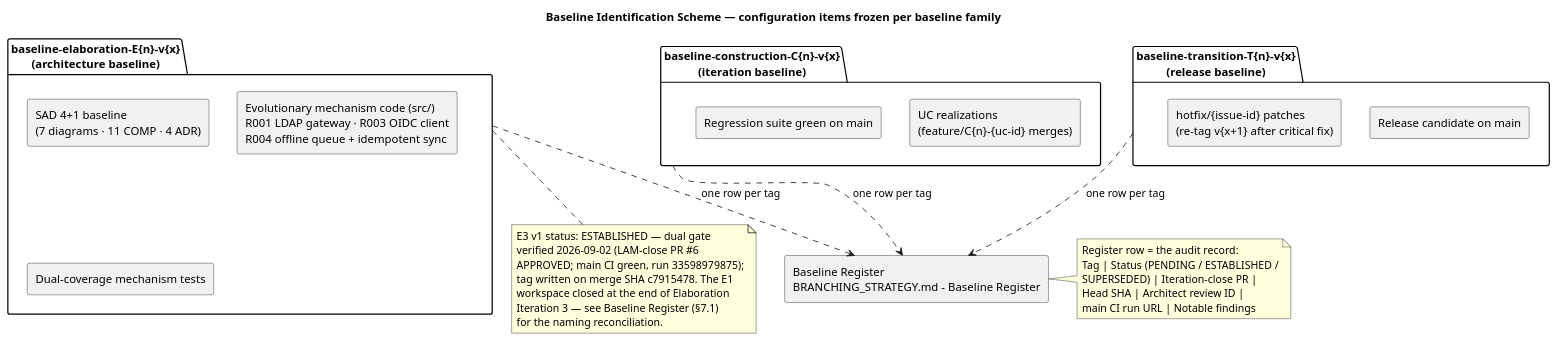
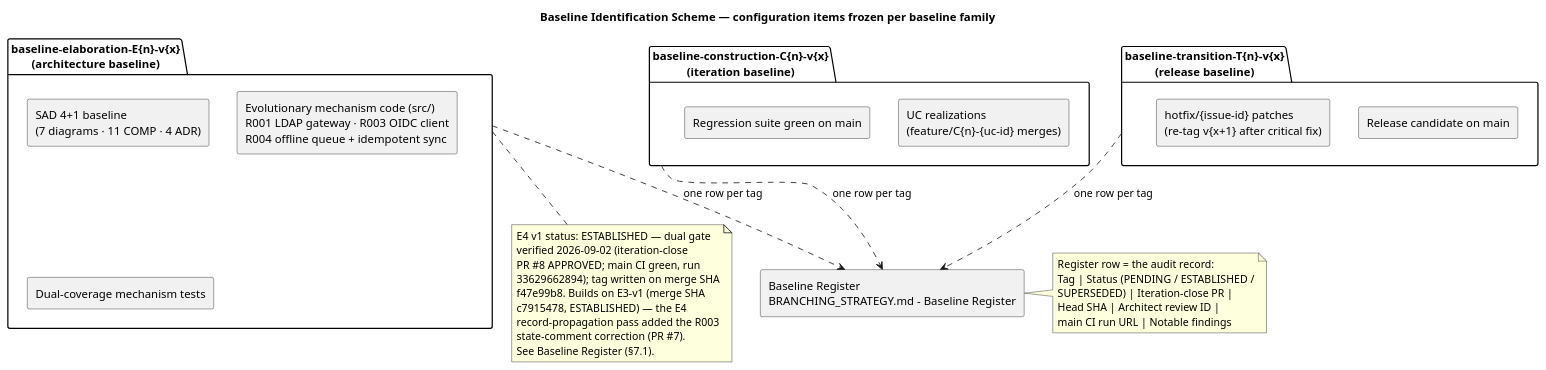
The fifth of 5 diagrams in docs/BRANCHING_STRATEGY.md (banense-test/employee-portal), drawn with PlantUML before and after one commit. The commit also changed other lines of this file, not shown here.

````diff
--- a/docs/BRANCHING_STRATEGY.md
+++ b/docs/BRANCHING_STRATEGY.md
@@ -384,47 +474,49 @@
 ```plantuml
 @startuml
 title Baseline Identification Scheme — configuration items frozen per baseline family
 
 skinparam componentStyle rectangle
 
 package "baseline-elaboration-E{n}-v{x}\n(architecture baseline)" as ELAB {
   component "SAD 4+1 baseline\n(7 diagrams · 11 COMP · 4 ADR)" as SAD_V
   component "Evolutionary mechanism code (src/)\nR001 LDAP gateway · R003 OIDC client\nR004 offline queue + idempotent sync" as MECH_C
   component "Dual-coverage mechanism tests" as MECH_T
 }
 
 package "baseline-construction-C{n}-v{x}\n(iteration baseline)" as CONS {
   component "UC realizations\n(feature/C{n}-{uc-id} merges)" as UC_R
   component "Regression suite green on main" as REG_S
 }
 
 package "baseline-transition-T{n}-v{x}\n(release baseline)" as TRANS {
   component "Release candidate on main" as REL_C
   component "hotfix/{issue-id} patches\n(re-tag v{x+1} after critical fix)" as HOT_P
 }
 
 component "Baseline Register\nBRANCHING_STRATEGY.md - Baseline Register" as REG
 
 ELAB ..> REG : one row per tag
 CONS ..> REG : one row per tag
 TRANS ..> REG : one row per tag
 
 note bottom of ELAB
-  E3 v1 status: ESTABLISHED — dual gate
-  verified 2026-09-02 (LAM-close PR #6
-  APPROVED; main CI green, run 33598979875);
-  tag written on merge SHA c7915478. The E1
-  workspace closed at the end of Elaboration
-  Iteration 3 — see Baseline Register (§7.1)
-  for the naming reconciliation.
+  E4 v1 status: ESTABLISHED — dual gate
+  verified 2026-09-02 (iteration-close
+  PR #8 APPROVED; main CI green, run
+  33629662894); tag written on merge SHA
+  f47e99b8. Builds on E3-v1 (merge SHA
+  c7915478, ESTABLISHED) — the E4
+  record-propagation pass added the R003
+  state-comment correction (PR #7).
+  See Baseline Register (§7.1).
 end note
 
 note right of REG
   Register row = the audit record:
   Tag | Status (PENDING / ESTABLISHED /
   SUPERSEDED) | Iteration-close PR |
   Head SHA | Architect review ID |
   main CI run URL | Notable findings
 end note
 @enduml
 ```
````
